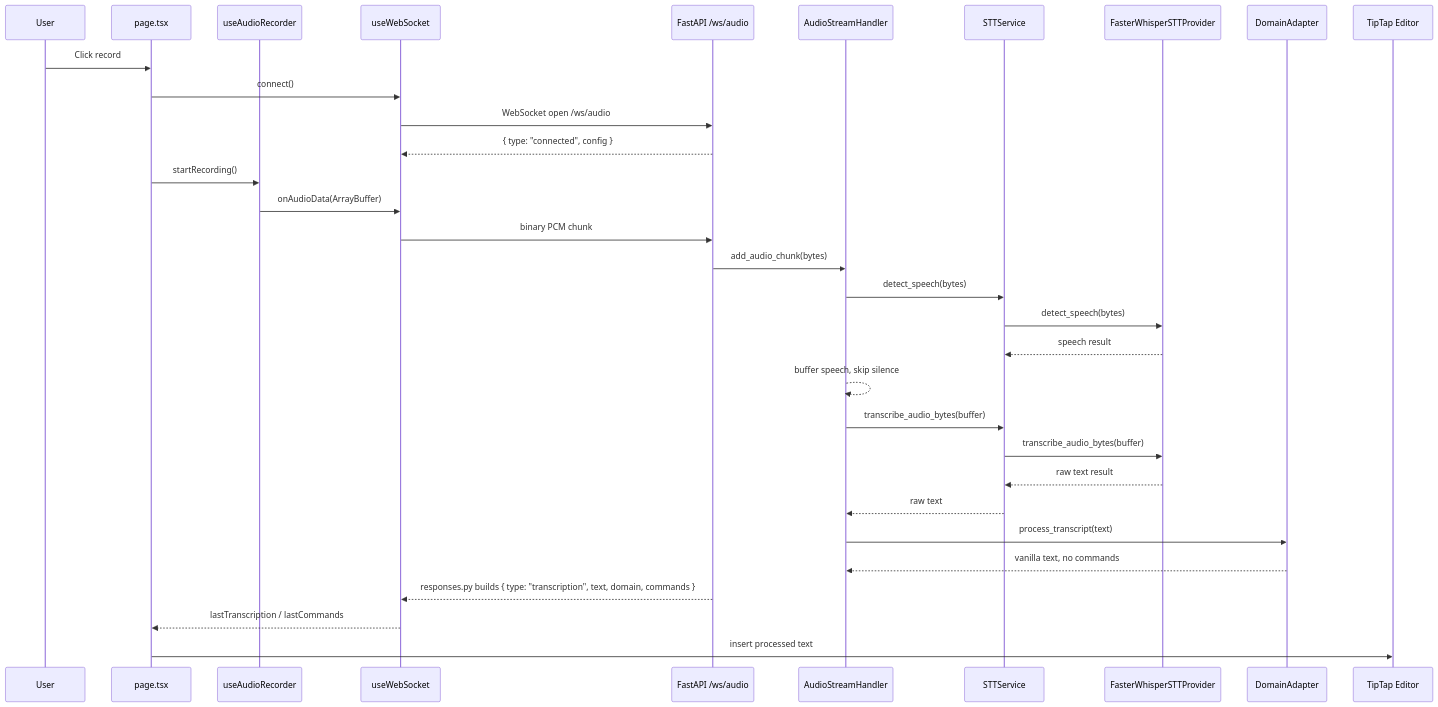
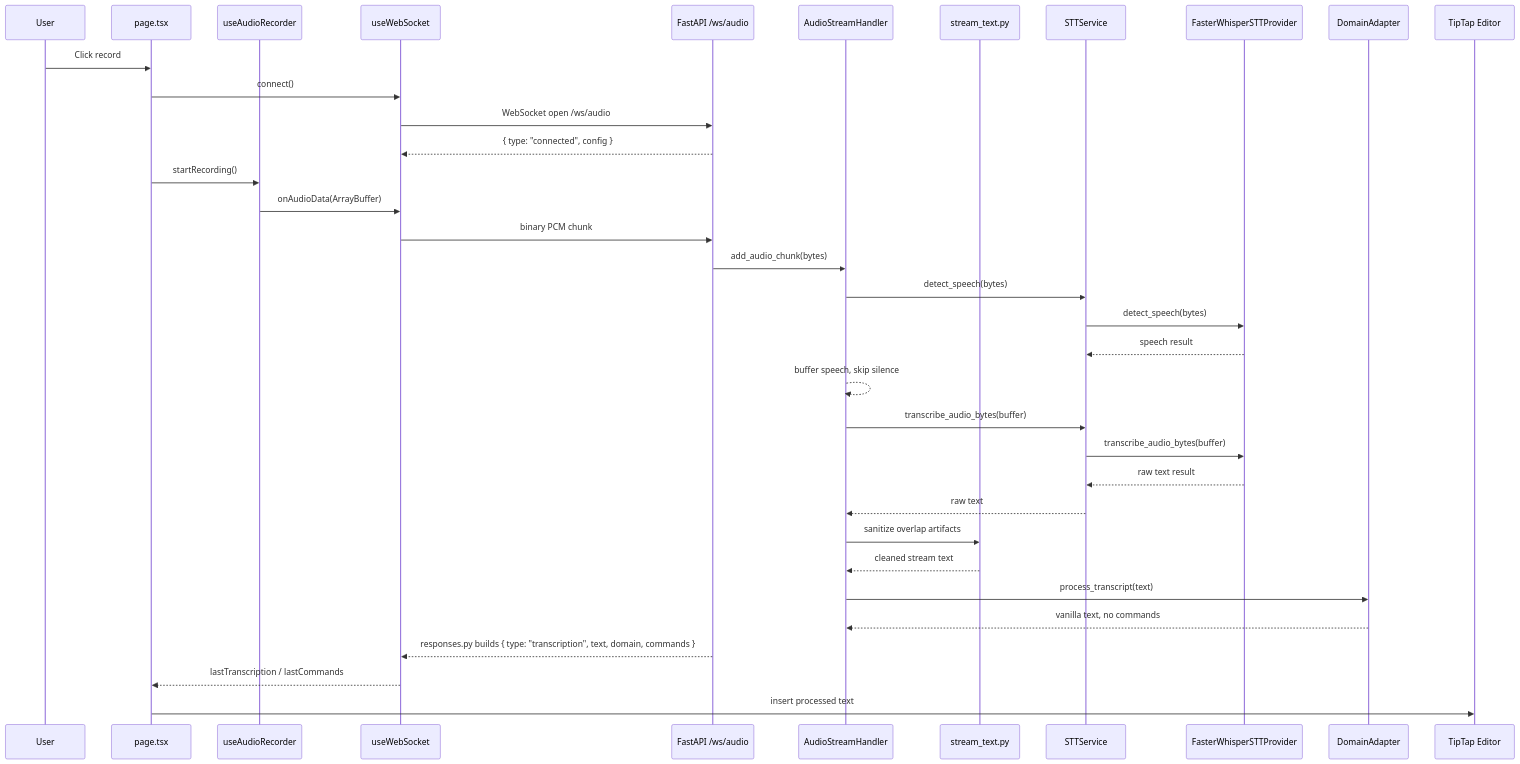
The second of 4 diagrams in medical-dictation/ARCHITECTURE_GRAPH.md (mrimmortal/Trans), drawn with Mermaid before and after one commit. The commit also changed other lines of this file and 21 other files, not shown here.

````diff
--- a/medical-dictation/ARCHITECTURE_GRAPH.md
+++ b/medical-dictation/ARCHITECTURE_GRAPH.md
@@ -102,35 +112,38 @@
 ```mermaid
 sequenceDiagram
   participant U as User
   participant P as page.tsx
   participant R as useAudioRecorder
   participant W as useWebSocket
   participant B as FastAPI /ws/audio
   participant H as AudioStreamHandler
+  participant X as stream_text.py
   participant E as STTService
   participant F as FasterWhisperSTTProvider
   participant D as DomainAdapter
   participant T as TipTap Editor
 
   U->>P: Click record
   P->>W: connect()
   W->>B: WebSocket open /ws/audio
   B-->>W: { type: "connected", config }
   P->>R: startRecording()
   R->>W: onAudioData(ArrayBuffer)
   W->>B: binary PCM chunk
   B->>H: add_audio_chunk(bytes)
   H->>E: detect_speech(bytes)
   E->>F: detect_speech(bytes)
   F-->>E: speech result
   H-->>H: buffer speech, skip silence
   H->>E: transcribe_audio_bytes(buffer)
   E->>F: transcribe_audio_bytes(buffer)
   F-->>E: raw text result
   E-->>H: raw text
+  H->>X: sanitize overlap artifacts
+  X-->>H: cleaned stream text
   H->>D: process_transcript(text)
   D-->>H: vanilla text, no commands
   B-->>W: responses.py builds { type: "transcription", text, domain, commands }
   W-->>P: lastTranscription / lastCommands
   P->>T: insert processed text
 ```
````
